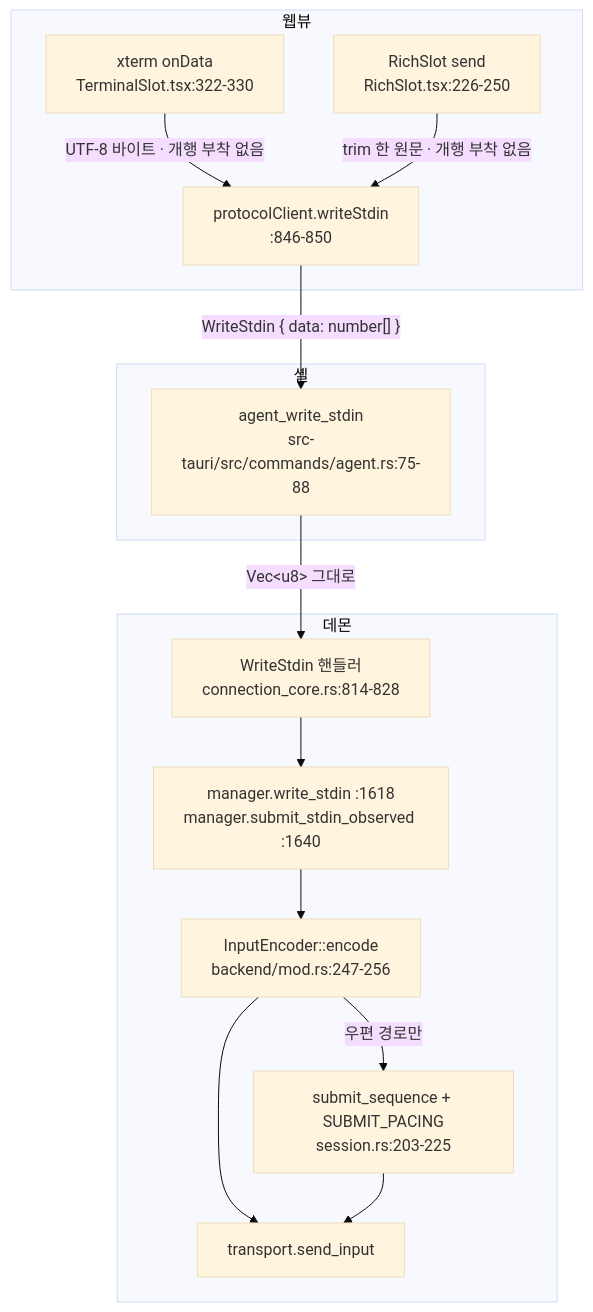
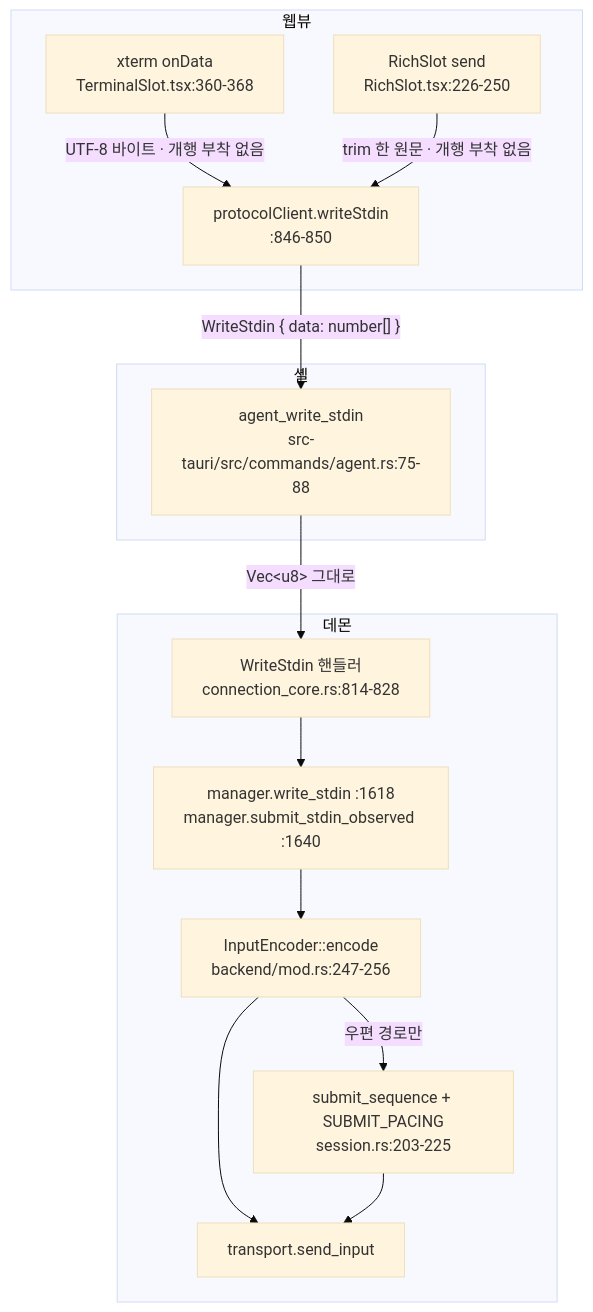
One commit to kimsunzun/engram-dashboard changed the sixth of 7 diagrams in docs/process/S21-codex-backend/trd.md. Above: the diagram before and after it, drawn with Mermaid (base theme). The commit also changed other lines of this file and 5 other files, not shown here.

First line of the commit message:
S21: fix(terminal-slot): 재연결 뒤 치수를 다시 전파한다

````diff
--- a/docs/process/S21-codex-backend/trd.md
+++ b/docs/process/S21-codex-backend/trd.md
@@ -338,28 +338,28 @@
 ```mermaid
 flowchart TD
   subgraph W["웹뷰"]
-    KEY["xterm onData<br/>TerminalSlot.tsx:322-330"]
+    KEY["xterm onData<br/>TerminalSlot.tsx:360-368"]
     CHAT["RichSlot send<br/>RichSlot.tsx:226-250"]
     WS["protocolClient.writeStdin<br/>:846-850"]
   end
   subgraph S["셸"]
     TCMD["agent_write_stdin<br/>src-tauri/src/commands/agent.rs:75-88"]
   end
   subgraph D["데몬"]
     HDL["WriteStdin 핸들러<br/>connection_core.rs:814-828"]
     MW["manager.write_stdin :1618<br/>manager.submit_stdin_observed :1640"]
     ENC["InputEncoder::encode<br/>backend/mod.rs:247-256"]
     SUB["submit_sequence + SUBMIT_PACING<br/>session.rs:203-225"]
     TX["transport.send_input"]
   end
 
   KEY -->|"UTF-8 바이트 · 개행 부착 없음"| WS
   CHAT -->|"trim 한 원문 · 개행 부착 없음"| WS
   WS -->|"WriteStdin { data: number[] }"| TCMD
   TCMD -->|"Vec&lt;u8&gt; 그대로"| HDL
   HDL --> MW
   MW --> ENC
   ENC -->|"우편 경로만"| SUB
   ENC --> TX
   SUB --> TX
 ```
````
